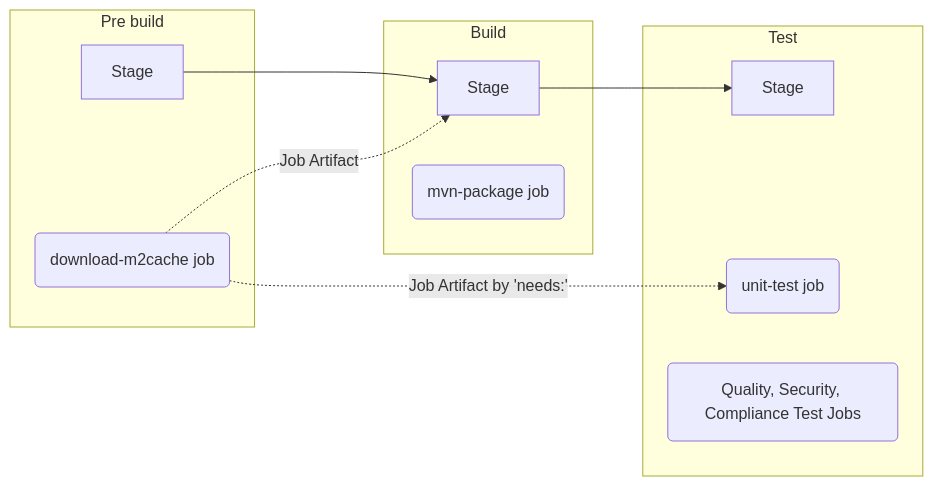
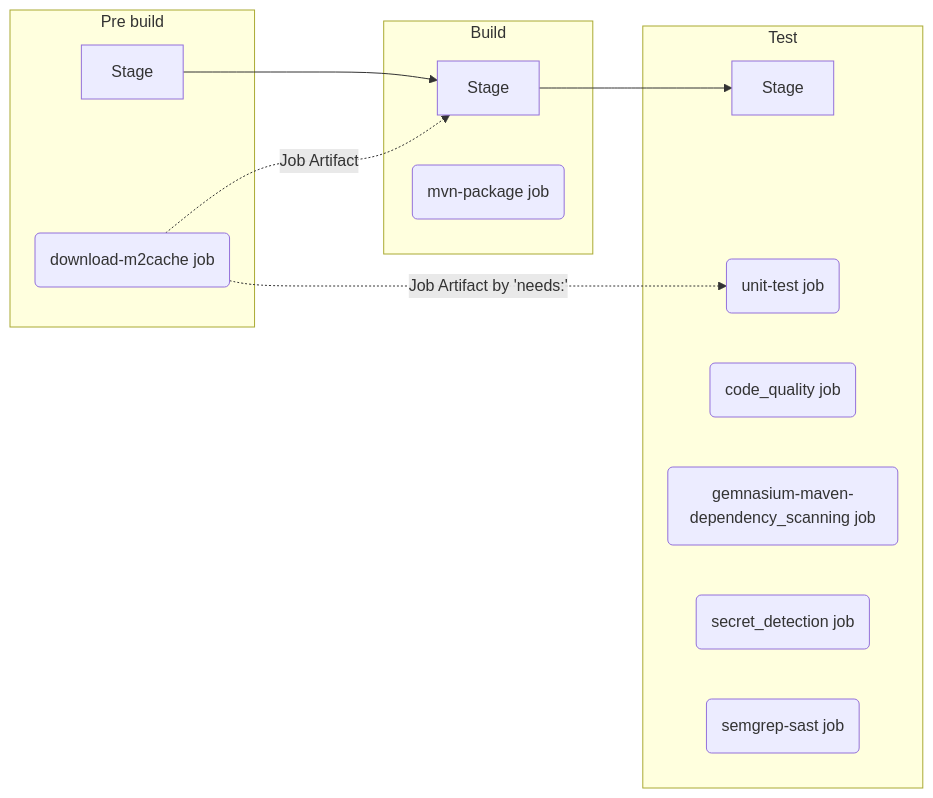
Before and after one commit to doremansunio/doremansunio1_project-a: the diagram in labs/ja/lab6/README.md, drawn with Mermaid. The commit also changed other lines of this file and 8 other files, not shown here.

````diff
--- a/labs/ja/lab6/README.md
+++ b/labs/ja/lab6/README.md
@@ -14,17 +15,20 @@
 ```mermaid
 graph LR
     subgraph "Pre build"
         pre-build[Stage]
         download-m2cache(download-m2cache job)
     end
     subgraph "Build"
         pre-build[Stage] --> build[Stage]
         download-m2cache(download-m2cache job) -.-> |Job Artifact|build[Stage]
         mvn-package(mvn-package job)
     end
     subgraph "Test"
         build[Stage] --> test[Stage]
         download-m2cache(download-m2cache job) -.-> |Job Artifact by 'needs:'|unit-test(unit-test job)
-                security-test-jobs(Quality, Security, Compliance Test Jobs)
+                code_quality_job(code_quality job)
+                gemnasium-maven-dependency_scanning-job(gemnasium-maven-dependency_scanning job)
+                secret_detection-job(secret_detection job)
+                semgrep-sast-job(semgrep-sast job)
     end
 ```
````
